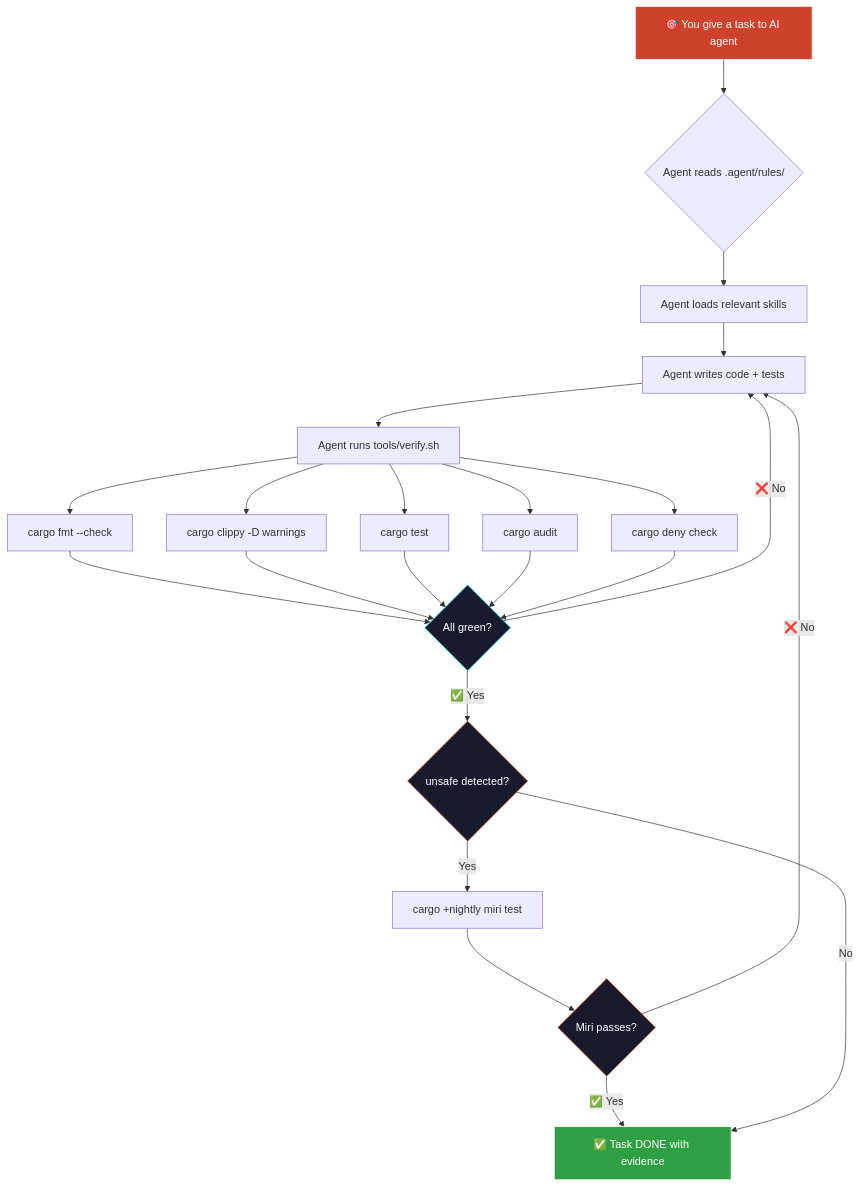
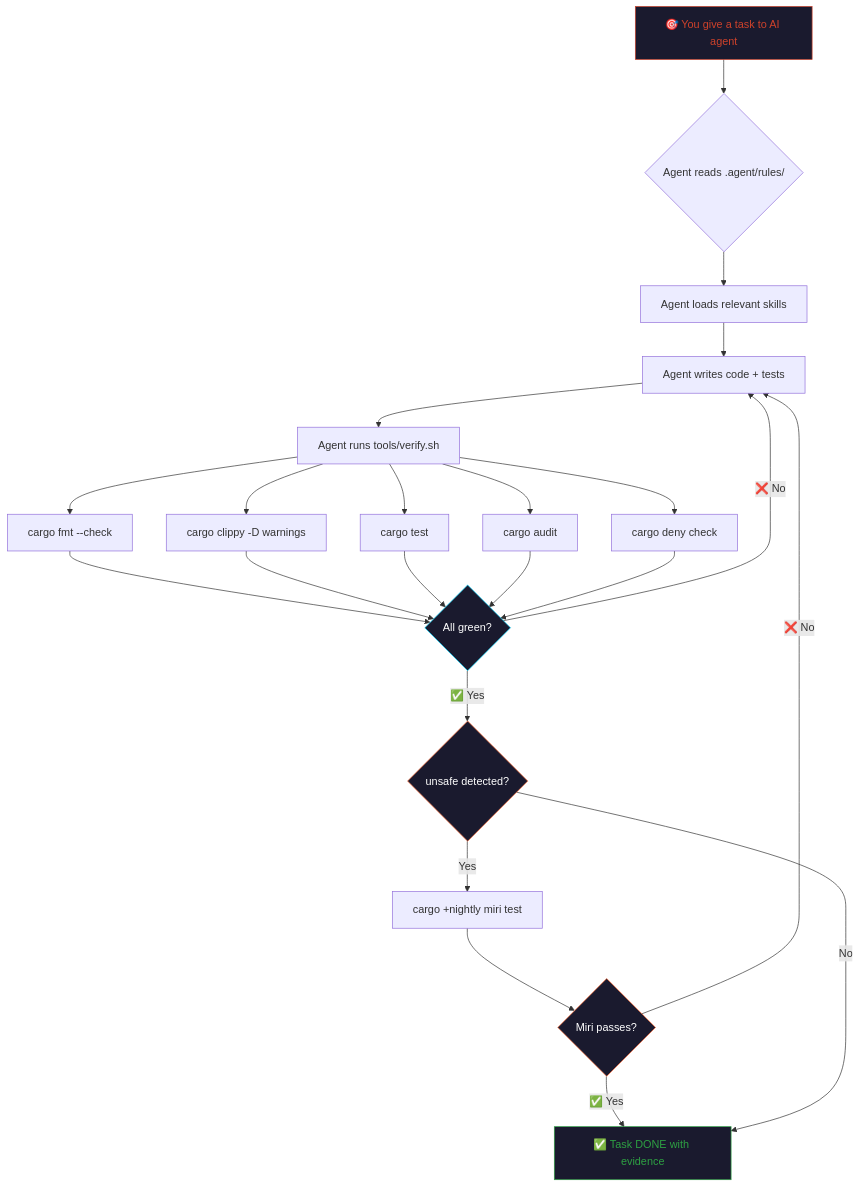
One commit to GravityZenAI/rust-ai-governance-pack changed the diagram in README.md. Above: the diagram before and after it, drawn with Mermaid. The commit also changed 5 other files, not shown here.

First line of the commit message:
fix: remove docs with ChatGPT artifacts, fix Mermaid colors, remove redundant katas folder

````diff
--- a/README.md
+++ b/README.md
@@ -122,35 +122,35 @@
 ```mermaid
 flowchart TD
     A["🎯 You give a task to AI agent"] --> B{"Agent reads .agent/rules/"}
     B --> C["Agent loads relevant skills"]
     C --> D["Agent writes code + tests"]
     D --> E["Agent runs tools/verify.sh"]
     
     E --> F1["cargo fmt --check"]
     E --> F2["cargo clippy -D warnings"]
     E --> F3["cargo test"]
     E --> F4["cargo audit"]
     E --> F5["cargo deny check"]
     
     F1 --> G{"All green?"}
     F2 --> G
     F3 --> G
     F4 --> G
     F5 --> G
     
     G -->|"❌ No"| D
     G -->|"✅ Yes"| H{"unsafe detected?"}
     
     H -->|"Yes"| I["cargo +nightly miri test"]
     I --> J{"Miri passes?"}
     J -->|"❌ No"| D
     J -->|"✅ Yes"| K["✅ Task DONE with evidence"]
     
     H -->|"No"| K
 
-    style A fill:#CE422B,stroke:#fff,color:#fff
-    style K fill:#2ea043,stroke:#fff,color:#fff
+    style A fill:#1a1a2e,stroke:#CE422B,color:#CE422B
+    style K fill:#1a1a2e,stroke:#2ea043,color:#2ea043
     style G fill:#1a1a2e,stroke:#00d4ff,color:#fff
     style H fill:#1a1a2e,stroke:#ff6b35,color:#fff
     style J fill:#1a1a2e,stroke:#ff6b35,color:#fff
 ```
````
